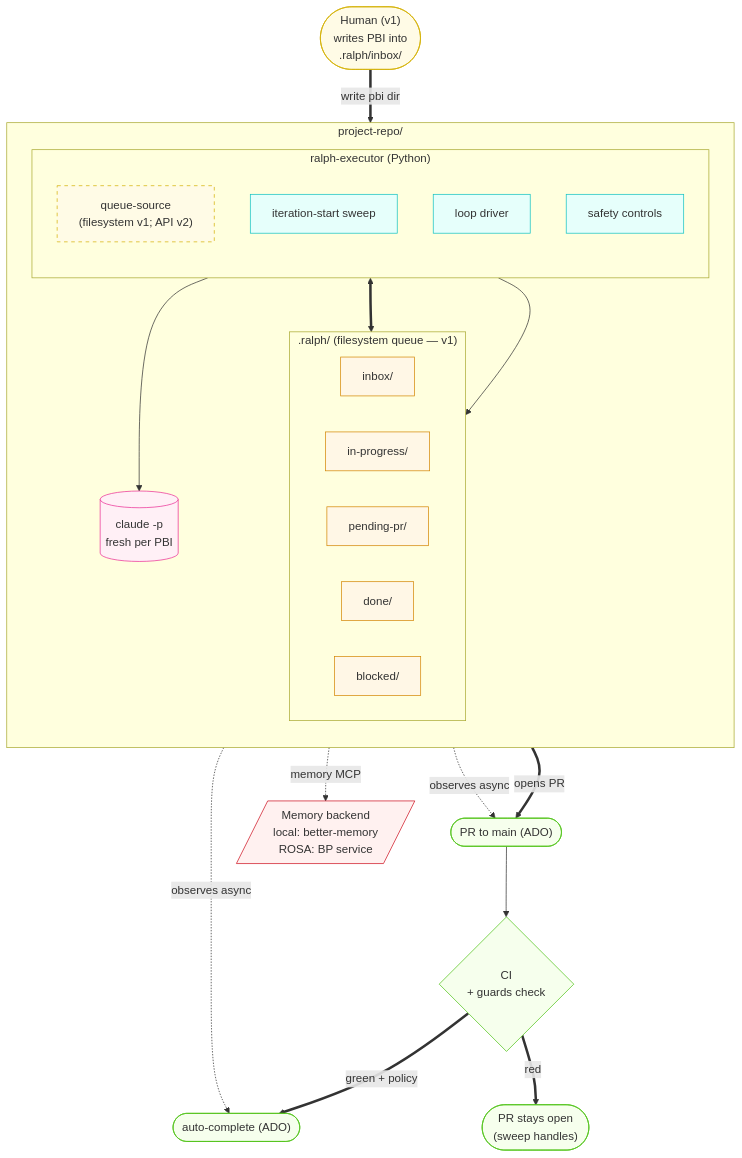
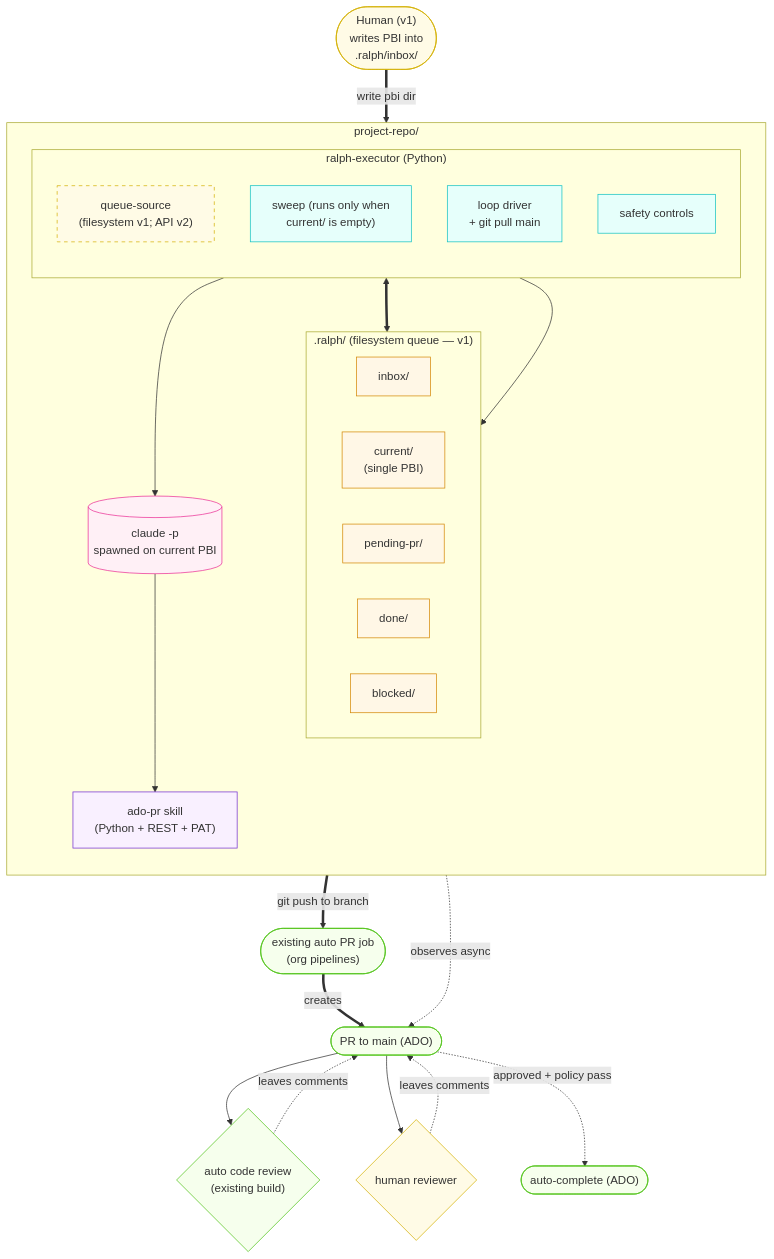
The first of 2 diagrams in docs/superpowers/specs/2026-05-23-ralph-v1-per-repo-loop-design.md (emp3thy/ralph), drawn with Mermaid before and after one commit. The commit also changed other lines of this file, not shown here.

First line of the commit message:
Update v1 spec based on user review feedback

````diff
--- a/docs/superpowers/specs/2026-05-23-ralph-v1-per-repo-loop-design.md
+++ b/docs/superpowers/specs/2026-05-23-ralph-v1-per-repo-loop-design.md
@@ -34,57 +36,60 @@
 ```mermaid
 flowchart TB
   Human(["Human (v1)<br/>writes PBI into<br/>.ralph/inbox/"])
 
   subgraph Repo["project-repo/"]
     direction TB
 
     subgraph Q[".ralph/ (filesystem queue — v1)"]
       direction LR
       Inbox["inbox/"]
-      Prog["in-progress/"]
+      Current["current/<br/>(single PBI)"]
       Pending["pending-pr/"]
       Done["done/"]
       Blocked["blocked/"]
     end
 
     subgraph Exec["ralph-executor (Python)"]
       direction TB
       QSrc["queue-source<br/>(filesystem v1; API v2)"]
-      Sweep["iteration-start sweep"]
-      Loop["loop driver"]
+      Sweep["sweep (runs only when<br/>current/ is empty)"]
+      Loop["loop driver<br/>+ git pull main"]
       Safety["safety controls"]
     end
 
-    Claude[("claude -p<br/>fresh per PBI")]
+    Claude[("claude -p<br/>spawned on current PBI")]
+    AdoSkill["ado-pr skill<br/>(Python + REST + PAT)"]
   end
 
   Human ==>|"write pbi dir"| Inbox
   QSrc <==> Q
   Sweep --> Q
   Loop --> Claude
+  Claude --> AdoSkill
 
-  Claude ==>|"opens PR"| PR(["PR to main (ADO)"])
-  Claude -. "memory MCP" .-> Mem[/"Memory backend<br/>local: better-memory<br/>ROSA: BP service"/]
+  Claude ==>|"git push to branch"| AutoPR(["existing auto PR job<br/>(org pipelines)"])
+  AutoPR ==>|"creates"| PR(["PR to main (ADO)"])
 
-  PR --> CI{"CI<br/>+ guards check"}
-  CI ==>|"green + policy"| Merge(["auto-complete (ADO)"])
-  CI ==>|"red"| RedX(["PR stays open<br/>(sweep handles)"])
+  PR --> AutoReview{"auto code review<br/>(existing build)"}
+  PR --> HumanReview{"human reviewer"}
+  AutoReview -. "leaves comments" .-> PR
+  HumanReview -. "leaves comments" .-> PR
+  PR -. "approved + policy pass" .-> Merge(["auto-complete (ADO)"])
   Sweep -.->|"observes async"| PR
-  Sweep -.->|"observes async"| Merge
 
   classDef q fill:#fff7e6,stroke:#d48806,color:#333
   classDef abs fill:#fffbe6,stroke:#d4b106,color:#333,stroke-dasharray: 5 5
   classDef comp fill:#e6fffb,stroke:#13c2c2,color:#333
   classDef claude fill:#fff0f6,stroke:#eb2f96,color:#333
   classDef human fill:#fffbe6,stroke:#d4b106,color:#333
   classDef ext fill:#f6ffed,stroke:#52c41a,color:#333
-  classDef mem fill:#fff1f0,stroke:#cf1322,color:#333
+  classDef skill fill:#f9f0ff,stroke:#722ed1,color:#333
 
-  class Inbox,Prog,Pending,Done,Verify,Blocked q
+  class Inbox,Current,Pending,Done,Blocked q
   class QSrc abs
   class Sweep,Loop,Safety comp
   class Claude claude
-  class Human human
-  class PR,CI,Merge,RedX ext
-  class Mem mem
+  class Human,HumanReview human
+  class PR,AutoPR,AutoReview,Merge ext
+  class AdoSkill skill
 ```
````
